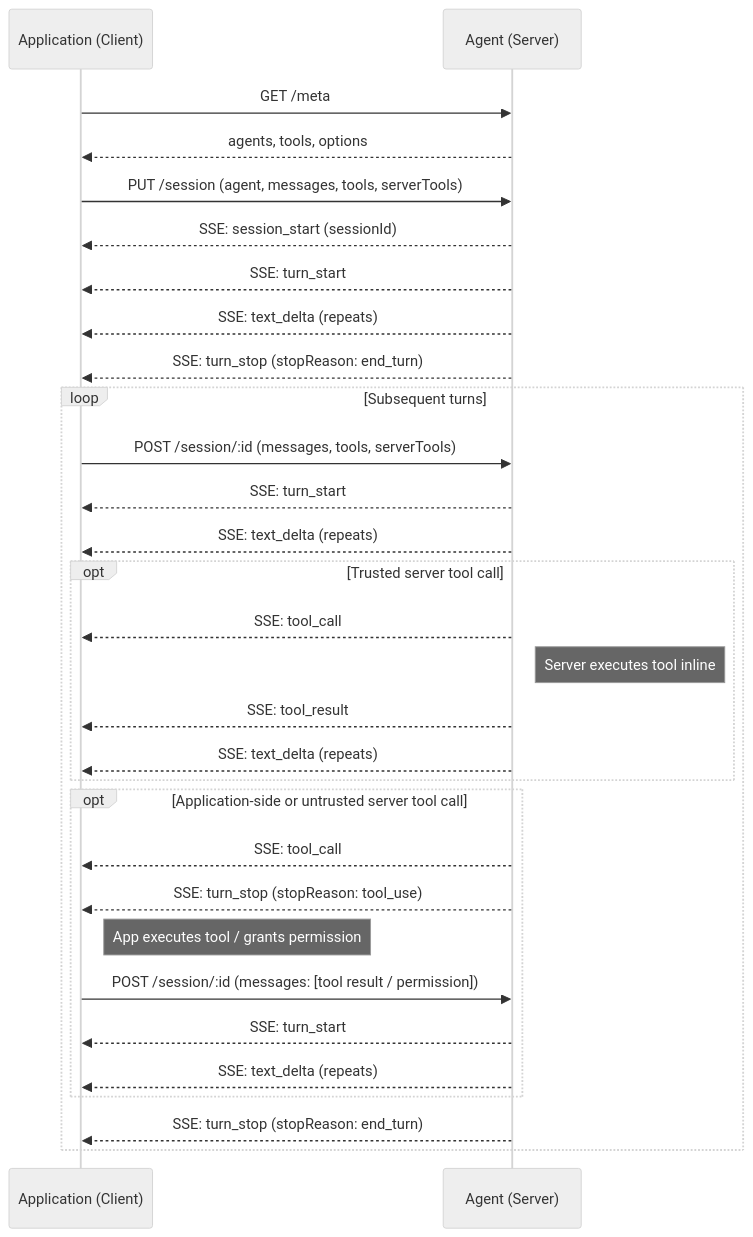
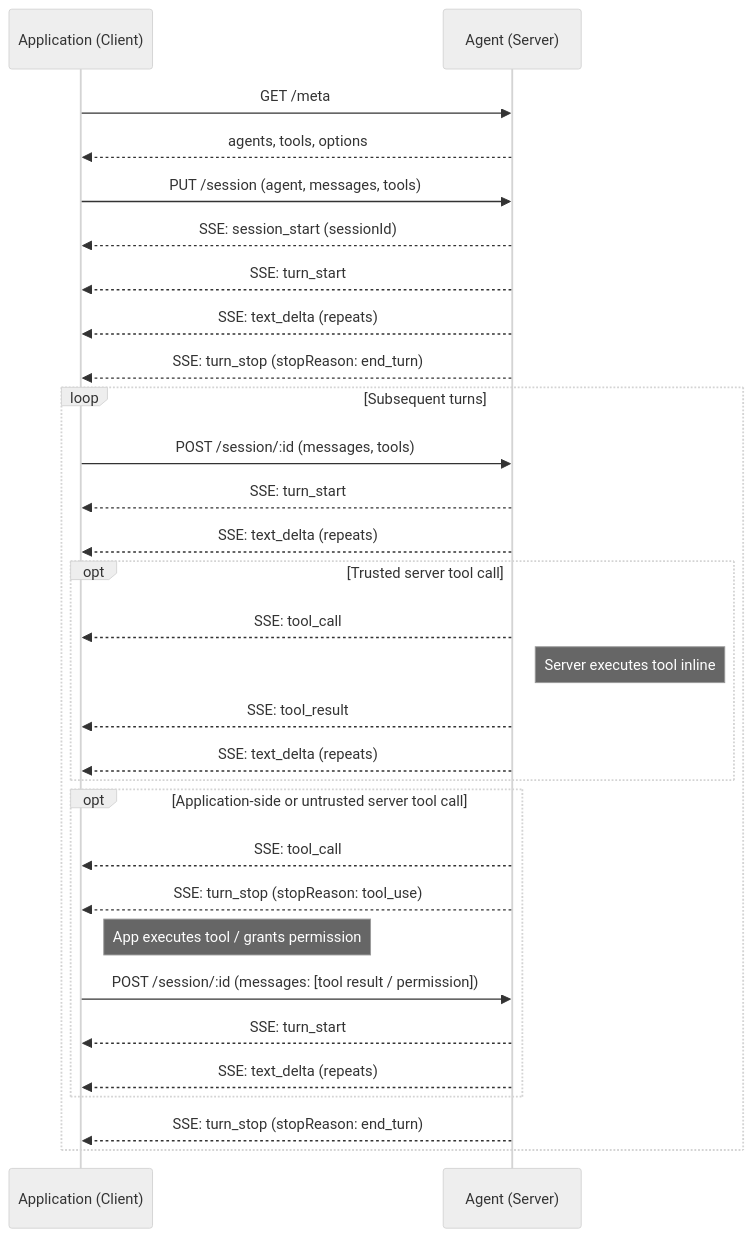
The diagram in docs/protocol.md (agentapplicationprotocol/agent-application-protocol), drawn with Mermaid (neutral theme) before and after one commit. The commit also changed other lines of this file, not shown here.

````diff
--- a/docs/protocol.md
+++ b/docs/protocol.md
@@ -681,35 +669,35 @@
 ```mermaid
 sequenceDiagram
     participant App as Application (Client)
     participant Agent as Agent (Server)
 
     App->>Agent: GET /meta
     Agent-->>App: agents, tools, options
 
-    App->>Agent: PUT /session (agent, messages, tools, serverTools)
+    App->>Agent: PUT /session (agent, messages, tools)
     Agent-->>App: SSE: session_start (sessionId)
     Agent-->>App: SSE: turn_start
     Agent-->>App: SSE: text_delta (repeats)
     Agent-->>App: SSE: turn_stop (stopReason: end_turn)
 
     loop Subsequent turns
-        App->>Agent: POST /session/:id (messages, tools, serverTools)
+        App->>Agent: POST /session/:id (messages, tools)
         Agent-->>App: SSE: turn_start
         Agent-->>App: SSE: text_delta (repeats)
         opt Trusted server tool call
             Agent-->>App: SSE: tool_call
             Note right of Agent: Server executes tool inline
             Agent-->>App: SSE: tool_result
             Agent-->>App: SSE: text_delta (repeats)
         end
         opt Application-side or untrusted server tool call
             Agent-->>App: SSE: tool_call
             Agent-->>App: SSE: turn_stop (stopReason: tool_use)
             Note right of App: App executes tool / grants permission
             App->>Agent: POST /session/:id (messages: [tool result / permission])
             Agent-->>App: SSE: turn_start
             Agent-->>App: SSE: text_delta (repeats)
         end
         Agent-->>App: SSE: turn_stop (stopReason: end_turn)
     end
 ```
````
